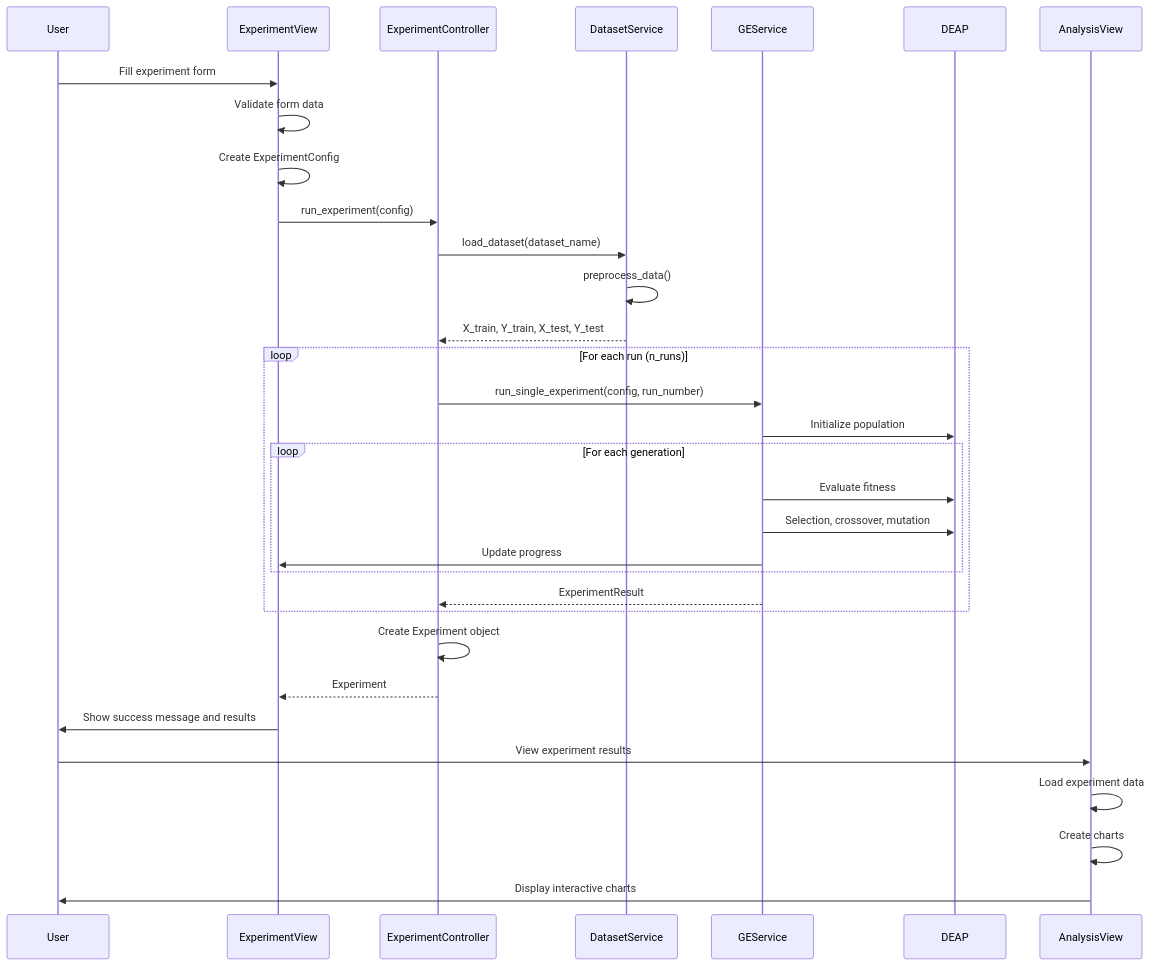
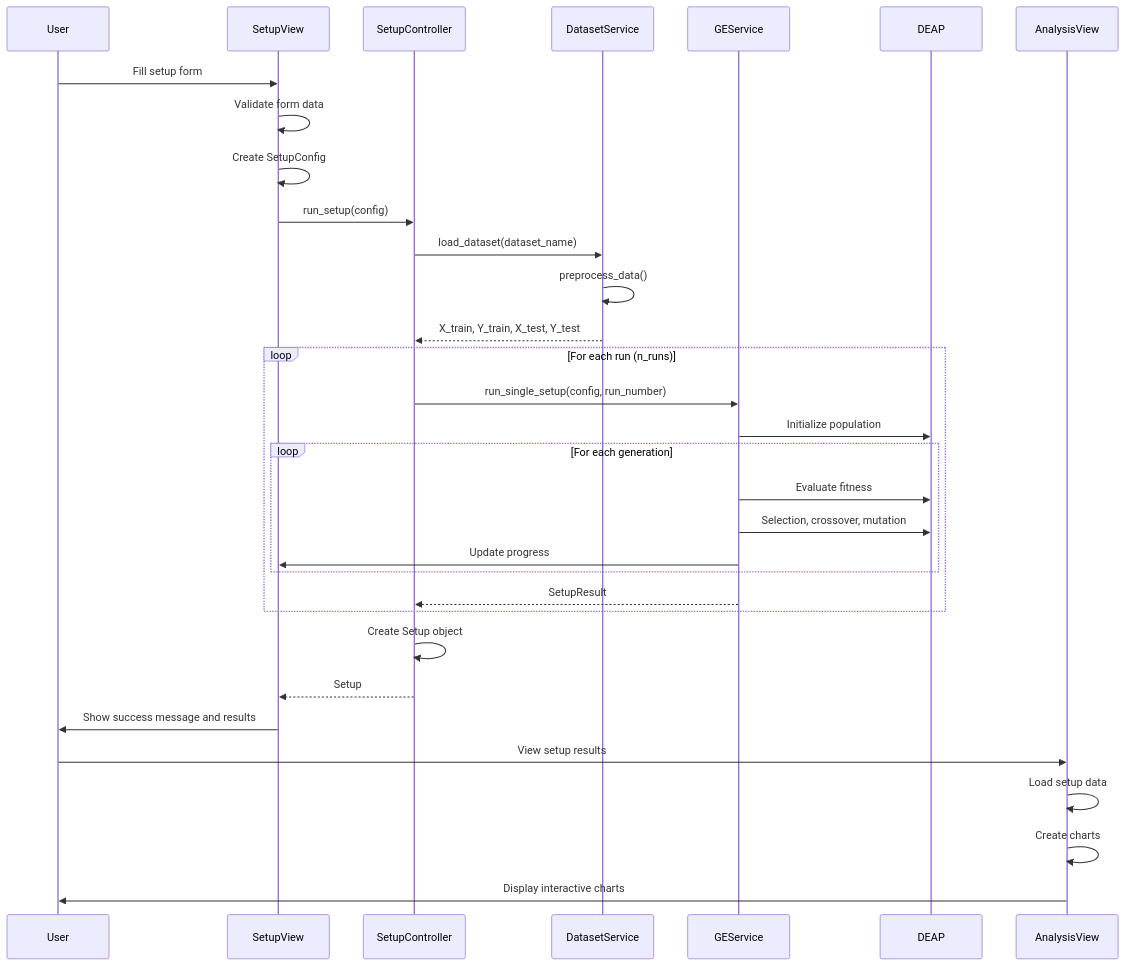
The third of 4 diagrams in ARCHITECTURE.md (aghilhooshmand/UGE), drawn with Mermaid before and after one commit. The commit also changed other lines of this file and 24 other files, not shown here.

````diff
--- a/ARCHITECTURE.md
+++ b/ARCHITECTURE.md
@@ -465,39 +465,39 @@
 ```mermaid
 sequenceDiagram
     participant User
-    participant ExperimentView
-    participant ExperimentController
+    participant SetupView
+    participant SetupController
     participant DatasetService
     participant GEService
     participant DEAP
     participant AnalysisView
     
-    User->>ExperimentView: Fill experiment form
-    ExperimentView->>ExperimentView: Validate form data
-    ExperimentView->>ExperimentView: Create ExperimentConfig
-    ExperimentView->>ExperimentController: run_experiment(config)
+    User->>SetupView: Fill setup form
+    SetupView->>SetupView: Validate form data
+    SetupView->>SetupView: Create SetupConfig
+    SetupView->>SetupController: run_setup(config)
     
-    ExperimentController->>DatasetService: load_dataset(dataset_name)
+    SetupController->>DatasetService: load_dataset(dataset_name)
     DatasetService->>DatasetService: preprocess_data()
-    DatasetService-->>ExperimentController: X_train, Y_train, X_test, Y_test
+    DatasetService-->>SetupController: X_train, Y_train, X_test, Y_test
     
     loop For each run (n_runs)
-        ExperimentController->>GEService: run_single_experiment(config, run_number)
+        SetupController->>GEService: run_single_setup(config, run_number)
         GEService->>DEAP: Initialize population
         loop For each generation
             GEService->>DEAP: Evaluate fitness
             GEService->>DEAP: Selection, crossover, mutation
-            GEService->>ExperimentView: Update progress
+            GEService->>SetupView: Update progress
         end
-        GEService-->>ExperimentController: ExperimentResult
+        GEService-->>SetupController: SetupResult
     end
     
-    ExperimentController->>ExperimentController: Create Experiment object
-    ExperimentController-->>ExperimentView: Experiment
-    ExperimentView->>User: Show success message and results
+    SetupController->>SetupController: Create Setup object
+    SetupController-->>SetupView: Setup
+    SetupView->>User: Show success message and results
     
-    User->>AnalysisView: View experiment results
-    AnalysisView->>AnalysisView: Load experiment data
+    User->>AnalysisView: View setup results
+    AnalysisView->>AnalysisView: Load setup data
     AnalysisView->>AnalysisView: Create charts
     AnalysisView->>User: Display interactive charts
 ```
````
